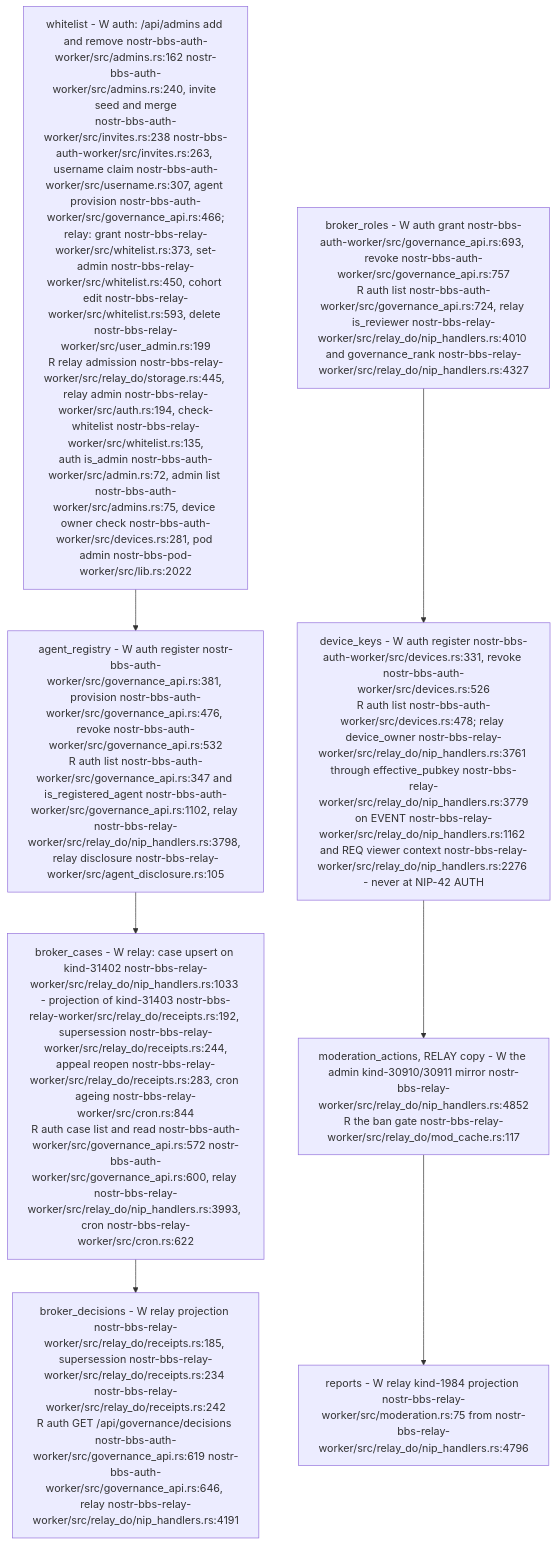
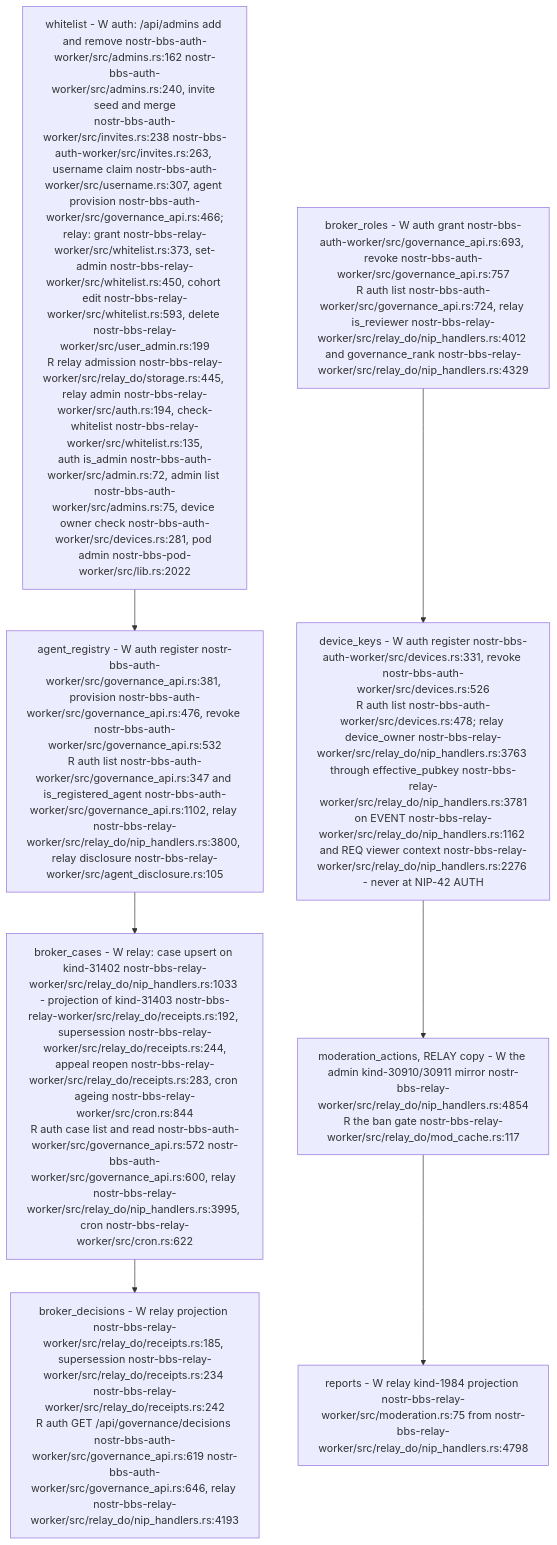
Before and after one commit to DreamLab-AI/VisionFlow: diagram 12 of 13 in docs/diagrams/nostr-rust-forum/08-config-zones-stores-and-admin-authority.md, drawn with Mermaid. The commit also changed other lines of this file and 11 other files, not shown here.

````diff
--- a/docs/diagrams/nostr-rust-forum/08-config-zones-stores-and-admin-authority.md
+++ b/docs/diagrams/nostr-rust-forum/08-config-zones-stores-and-admin-authority.md
@@ -449,13 +450,13 @@
 ```mermaid
 flowchart TB
     WL["whitelist - W auth: /api/admins add and remove nostr-bbs-auth-worker/src/admins.rs:162 nostr-bbs-auth-worker/src/admins.rs:240, invite seed and merge<br/>nostr-bbs-auth-worker/src/invites.rs:238 nostr-bbs-auth-worker/src/invites.rs:263, username claim nostr-bbs-auth-worker/src/username.rs:307, agent provision nostr-bbs-auth-worker/src/governance_api.rs:466;<br/>relay: grant nostr-bbs-relay-worker/src/whitelist.rs:373, set-admin nostr-bbs-relay-worker/src/whitelist.rs:450, cohort edit nostr-bbs-relay-worker/src/whitelist.rs:593, delete nostr-bbs-relay-worker/src/user_admin.rs:199<br/>R relay admission nostr-bbs-relay-worker/src/relay_do/storage.rs:445, relay admin nostr-bbs-relay-worker/src/auth.rs:194, check-whitelist nostr-bbs-relay-worker/src/whitelist.rs:135,<br/>auth is_admin nostr-bbs-auth-worker/src/admin.rs:72, admin list nostr-bbs-auth-worker/src/admins.rs:75, device owner check nostr-bbs-auth-worker/src/devices.rs:281, pod admin nostr-bbs-pod-worker/src/lib.rs:2022"]
-    AR["agent_registry - W auth register nostr-bbs-auth-worker/src/governance_api.rs:381, provision nostr-bbs-auth-worker/src/governance_api.rs:476, revoke nostr-bbs-auth-worker/src/governance_api.rs:532<br/>R auth list nostr-bbs-auth-worker/src/governance_api.rs:347 and is_registered_agent nostr-bbs-auth-worker/src/governance_api.rs:1102, relay nostr-bbs-relay-worker/src/relay_do/nip_handlers.rs:3798, relay disclosure nostr-bbs-relay-worker/src/agent_disclosure.rs:105"]
-    BC["broker_cases - W relay: case upsert on kind-31402 nostr-bbs-relay-worker/src/relay_do/nip_handlers.rs:1033 - projection of kind-31403 nostr-bbs-relay-worker/src/relay_do/receipts.rs:192, supersession nostr-bbs-relay-worker/src/relay_do/receipts.rs:244,<br/>appeal reopen nostr-bbs-relay-worker/src/relay_do/receipts.rs:283, cron ageing nostr-bbs-relay-worker/src/cron.rs:844<br/>R auth case list and read nostr-bbs-auth-worker/src/governance_api.rs:572 nostr-bbs-auth-worker/src/governance_api.rs:600, relay nostr-bbs-relay-worker/src/relay_do/nip_handlers.rs:3993, cron nostr-bbs-relay-worker/src/cron.rs:622"]
-    BD["broker_decisions - W relay projection nostr-bbs-relay-worker/src/relay_do/receipts.rs:185, supersession nostr-bbs-relay-worker/src/relay_do/receipts.rs:234 nostr-bbs-relay-worker/src/relay_do/receipts.rs:242<br/>R auth GET /api/governance/decisions nostr-bbs-auth-worker/src/governance_api.rs:619 nostr-bbs-auth-worker/src/governance_api.rs:646, relay nostr-bbs-relay-worker/src/relay_do/nip_handlers.rs:4191"]
-    BR["broker_roles - W auth grant nostr-bbs-auth-worker/src/governance_api.rs:693, revoke nostr-bbs-auth-worker/src/governance_api.rs:757<br/>R auth list nostr-bbs-auth-worker/src/governance_api.rs:724, relay is_reviewer nostr-bbs-relay-worker/src/relay_do/nip_handlers.rs:4010 and governance_rank nostr-bbs-relay-worker/src/relay_do/nip_handlers.rs:4327"]
-    DK["device_keys - W auth register nostr-bbs-auth-worker/src/devices.rs:331, revoke nostr-bbs-auth-worker/src/devices.rs:526<br/>R auth list nostr-bbs-auth-worker/src/devices.rs:478; relay device_owner nostr-bbs-relay-worker/src/relay_do/nip_handlers.rs:3761 through effective_pubkey nostr-bbs-relay-worker/src/relay_do/nip_handlers.rs:3779<br/>on EVENT nostr-bbs-relay-worker/src/relay_do/nip_handlers.rs:1162 and REQ viewer context nostr-bbs-relay-worker/src/relay_do/nip_handlers.rs:2276 - never at NIP-42 AUTH"]
-    MA["moderation_actions, RELAY copy - W the admin kind-30910/30911 mirror nostr-bbs-relay-worker/src/relay_do/nip_handlers.rs:4852<br/>R the ban gate nostr-bbs-relay-worker/src/relay_do/mod_cache.rs:117"]
-    RP["reports - W relay kind-1984 projection nostr-bbs-relay-worker/src/moderation.rs:75 from nostr-bbs-relay-worker/src/relay_do/nip_handlers.rs:4796"]
+    AR["agent_registry - W auth register nostr-bbs-auth-worker/src/governance_api.rs:381, provision nostr-bbs-auth-worker/src/governance_api.rs:476, revoke nostr-bbs-auth-worker/src/governance_api.rs:532<br/>R auth list nostr-bbs-auth-worker/src/governance_api.rs:347 and is_registered_agent nostr-bbs-auth-worker/src/governance_api.rs:1102, relay nostr-bbs-relay-worker/src/relay_do/nip_handlers.rs:3800, relay disclosure nostr-bbs-relay-worker/src/agent_disclosure.rs:105"]
+    BC["broker_cases - W relay: case upsert on kind-31402 nostr-bbs-relay-worker/src/relay_do/nip_handlers.rs:1033 - projection of kind-31403 nostr-bbs-relay-worker/src/relay_do/receipts.rs:192, supersession nostr-bbs-relay-worker/src/relay_do/receipts.rs:244,<br/>appeal reopen nostr-bbs-relay-worker/src/relay_do/receipts.rs:283, cron ageing nostr-bbs-relay-worker/src/cron.rs:844<br/>R auth case list and read nostr-bbs-auth-worker/src/governance_api.rs:572 nostr-bbs-auth-worker/src/governance_api.rs:600, relay nostr-bbs-relay-worker/src/relay_do/nip_handlers.rs:3995, cron nostr-bbs-relay-worker/src/cron.rs:622"]
+    BD["broker_decisions - W relay projection nostr-bbs-relay-worker/src/relay_do/receipts.rs:185, supersession nostr-bbs-relay-worker/src/relay_do/receipts.rs:234 nostr-bbs-relay-worker/src/relay_do/receipts.rs:242<br/>R auth GET /api/governance/decisions nostr-bbs-auth-worker/src/governance_api.rs:619 nostr-bbs-auth-worker/src/governance_api.rs:646, relay nostr-bbs-relay-worker/src/relay_do/nip_handlers.rs:4193"]
+    BR["broker_roles - W auth grant nostr-bbs-auth-worker/src/governance_api.rs:693, revoke nostr-bbs-auth-worker/src/governance_api.rs:757<br/>R auth list nostr-bbs-auth-worker/src/governance_api.rs:724, relay is_reviewer nostr-bbs-relay-worker/src/relay_do/nip_handlers.rs:4012 and governance_rank nostr-bbs-relay-worker/src/relay_do/nip_handlers.rs:4329"]
+    DK["device_keys - W auth register nostr-bbs-auth-worker/src/devices.rs:331, revoke nostr-bbs-auth-worker/src/devices.rs:526<br/>R auth list nostr-bbs-auth-worker/src/devices.rs:478; relay device_owner nostr-bbs-relay-worker/src/relay_do/nip_handlers.rs:3763 through effective_pubkey nostr-bbs-relay-worker/src/relay_do/nip_handlers.rs:3781<br/>on EVENT nostr-bbs-relay-worker/src/relay_do/nip_handlers.rs:1162 and REQ viewer context nostr-bbs-relay-worker/src/relay_do/nip_handlers.rs:2276 - never at NIP-42 AUTH"]
+    MA["moderation_actions, RELAY copy - W the admin kind-30910/30911 mirror nostr-bbs-relay-worker/src/relay_do/nip_handlers.rs:4854<br/>R the ban gate nostr-bbs-relay-worker/src/relay_do/mod_cache.rs:117"]
+    RP["reports - W relay kind-1984 projection nostr-bbs-relay-worker/src/moderation.rs:75 from nostr-bbs-relay-worker/src/relay_do/nip_handlers.rs:4798"]
     WL --> AR --> BC --> BD
     BR --> DK --> MA --> RP
 ```
````
